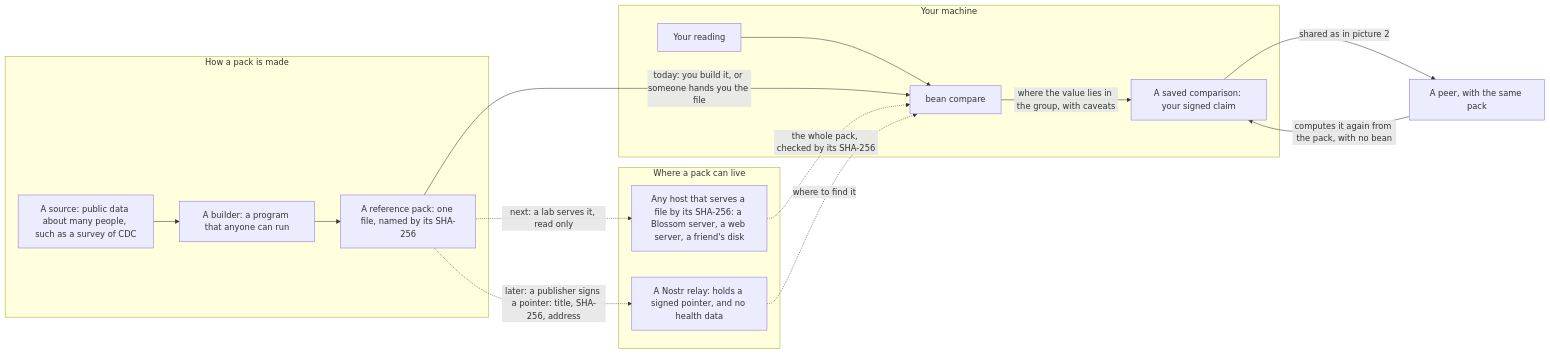
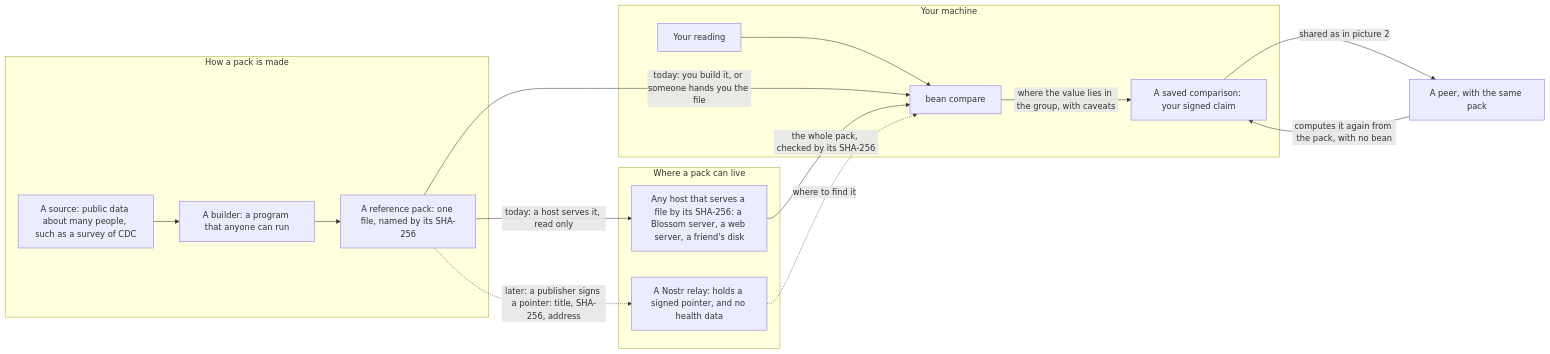
Before and after one commit to Conscious-Repository/bean: the third of 3 diagrams in docs/ARCHITECTURE.md, drawn with Mermaid. The commit also changed other lines of this file and 14 other files, not shown here.

````diff
--- a/docs/ARCHITECTURE.md
+++ b/docs/ARCHITECTURE.md
@@ -86,29 +86,29 @@
 ```mermaid
 flowchart LR
     subgraph made["How a pack is made"]
         source["A source: public data about many people, such as a survey of CDC"]
         builder["A builder: a program that anyone can run"]
         pack["A reference pack: one file, named by its SHA-256"]
     end
     subgraph public["Where a pack can live"]
         host["Any host that serves a file by its SHA-256: a Blossom server, a web server, a friend's disk"]
         relay["A Nostr relay: holds a signed pointer, and no health data"]
     end
     subgraph machine["Your machine"]
         reading["Your reading"]
         compare["bean compare"]
         claim["A saved comparison: your signed claim"]
     end
     peer["A peer, with the same pack"]
     source --> builder
     builder --> pack
     pack -->|"today: you build it, or someone hands you the file"| compare
-    pack -.->|"next: a lab serves it, read only"| host
+    pack -->|"today: a host serves it, read only"| host
     pack -.->|"later: a publisher signs a pointer: title, SHA-256, address"| relay
     relay -.->|"where to find it"| compare
-    host -.->|"the whole pack, checked by its SHA-256"| compare
+    host -->|"the whole pack, checked by its SHA-256"| compare
     reading --> compare
     compare -->|"where the value lies in the group, with caveats"| claim
     claim -->|"shared as in picture 2"| peer
     peer -->|"computes it again from the pack, with no bean"| claim
 ```
````
